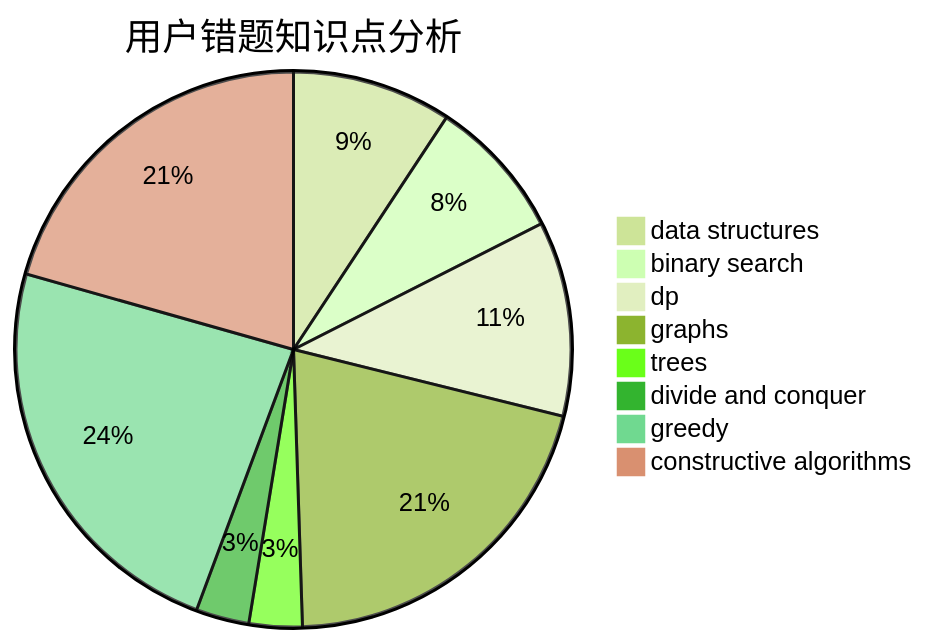
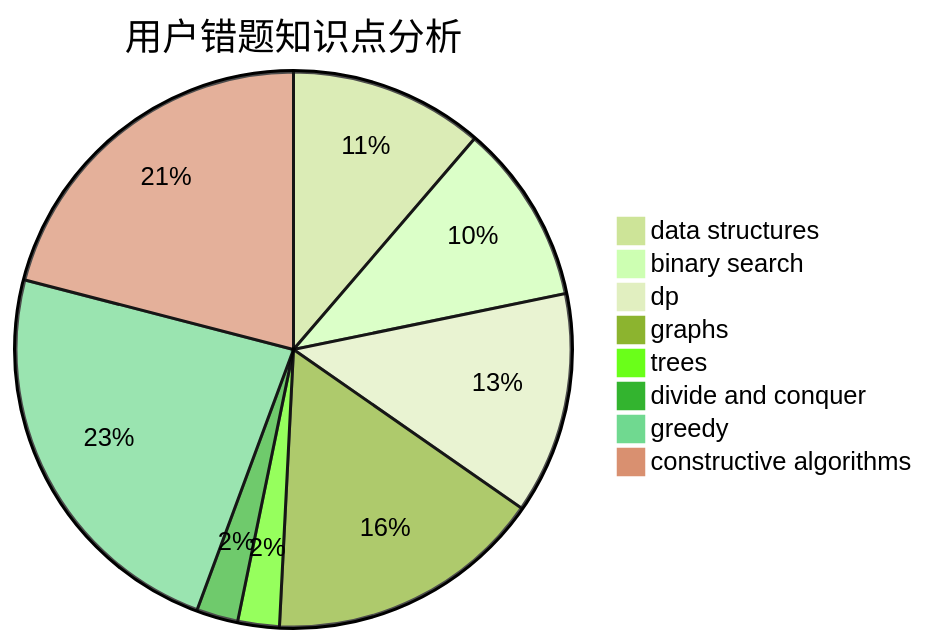
One commit to sherpahu/cfrs.github.io changed the third of 3 diagrams in docs/user/u2645.md. Above: the diagram before and after it, drawn with Mermaid (forest theme). The commit also changed other lines of this file and 2770 other files, not shown here.

````diff
--- a/docs/user/u2645.md
+++ b/docs/user/u2645.md
@@ -36,11 +36,11 @@
 ```mermaid
 pie title 用户错题知识点分析
-    "data structures" :  9
-    "binary search" :  8
-    "dp" :  11
+    "data structures" :  14
+    "binary search" :  13
+    "dp" :  16
     "graphs" :  20
     "trees" :  3
     "divide and conquer" :  3
-    "greedy" :  23
-    "constructive algorithms" :  20
+    "greedy" :  29
+    "constructive algorithms" :  26
 ```
````
